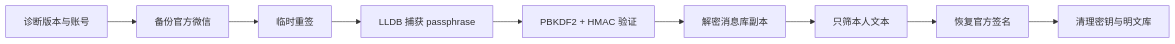
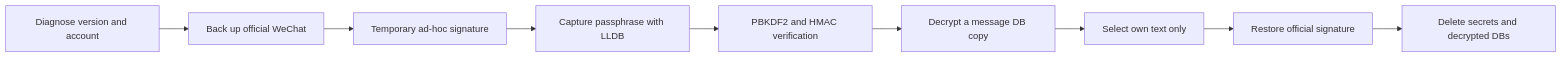
One commit to ai-martin-lau/wechat-chat-export-macos changed the diagram in README.md. Above: the diagram before and after it, drawn with Mermaid. The commit also changed other lines of this file and 6 other files, not shown here.

````diff
--- a/README.md
+++ b/README.md
@@ -76,11 +72,11 @@
 ```mermaid
 flowchart LR
-  A["诊断版本与账号"] --> B["备份官方微信"]
-  B --> C["临时重签"]
-  C --> D["LLDB 捕获 passphrase"]
-  D --> E["PBKDF2 + HMAC 验证"]
-  E --> F["解密消息库副本"]
-  F --> G["只筛本人文本"]
-  G --> H["恢复官方签名"]
-  H --> I["清理密钥与明文库"]
+  A["Diagnose version and account"] --> B["Back up official WeChat"]
+  B --> C["Temporary ad-hoc signature"]
+  C --> D["Capture passphrase with LLDB"]
+  D --> E["PBKDF2 and HMAC verification"]
+  E --> F["Decrypt a message DB copy"]
+  F --> G["Select own text only"]
+  G --> H["Restore official signature"]
+  H --> I["Delete secrets and decrypted DBs"]
 ```
````
